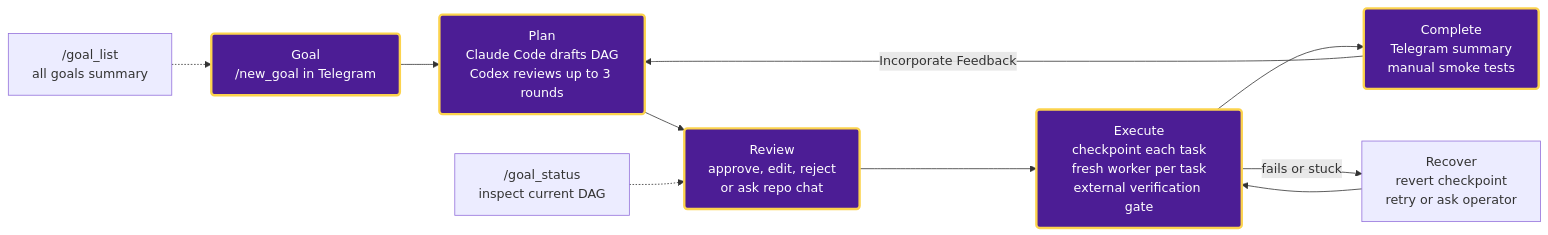
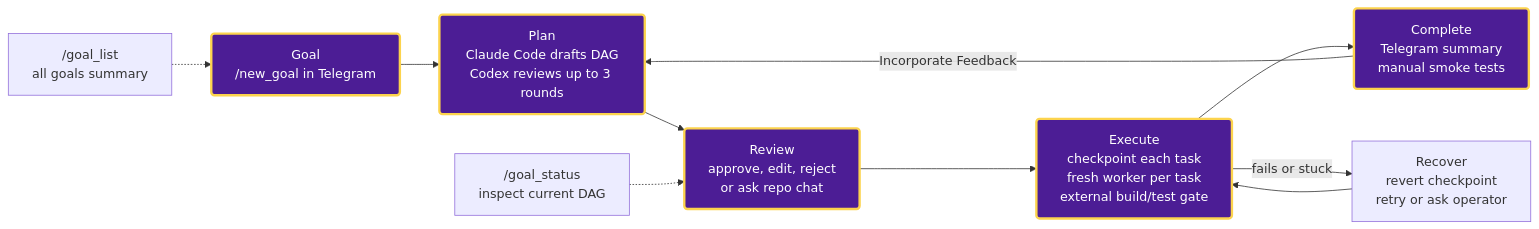
One commit to smithersbot/smithersbot changed the diagram in README.md. Above: the diagram before and after it, drawn with Mermaid. The commit also changed 1 other file, not shown here.

Commit message:
docs(readme): simplify SmithersBot flow diagram

````diff
--- a/README.md
+++ b/README.md
@@ -63,15 +63,15 @@
 ```mermaid
 flowchart LR
   A["Goal<br/>/new_goal in Telegram"] --> B["Plan<br/>Claude Code drafts DAG<br/>Codex reviews up to 3 rounds"]
   B --> C["Review<br/>approve, edit, reject<br/>or ask repo chat"]
-  C --> D["Execute<br/>checkpoint each task<br/>fresh worker per task<br/>external verification gate"]
+  C --> D["Execute<br/>checkpoint each task<br/>fresh worker per task<br/>external build/test gate"]
   D --> E["Complete<br/>Telegram summary<br/>manual smoke tests"]
   D -->|fails or stuck| F["Recover<br/>revert checkpoint<br/>retry or ask operator"]
   F --> D
   E -->|Incorporate Feedback| B
   G["/goal_status<br/>inspect current DAG"] -.-> C
   H["/goal_list<br/>all goals summary"] -.-> A
 
   classDef spine fill:#4C1D95,stroke:#FCD34D,stroke-width:3px,color:#FFF,rx:4,ry:4;
   class A,B,C,D,E spine;
 ```
````
